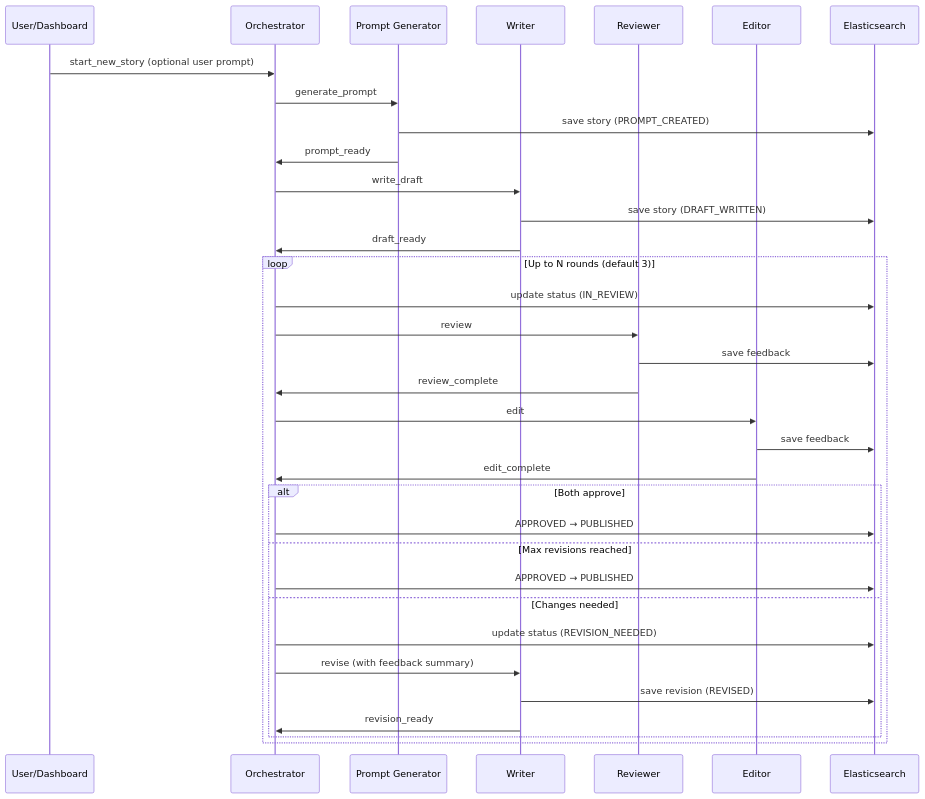
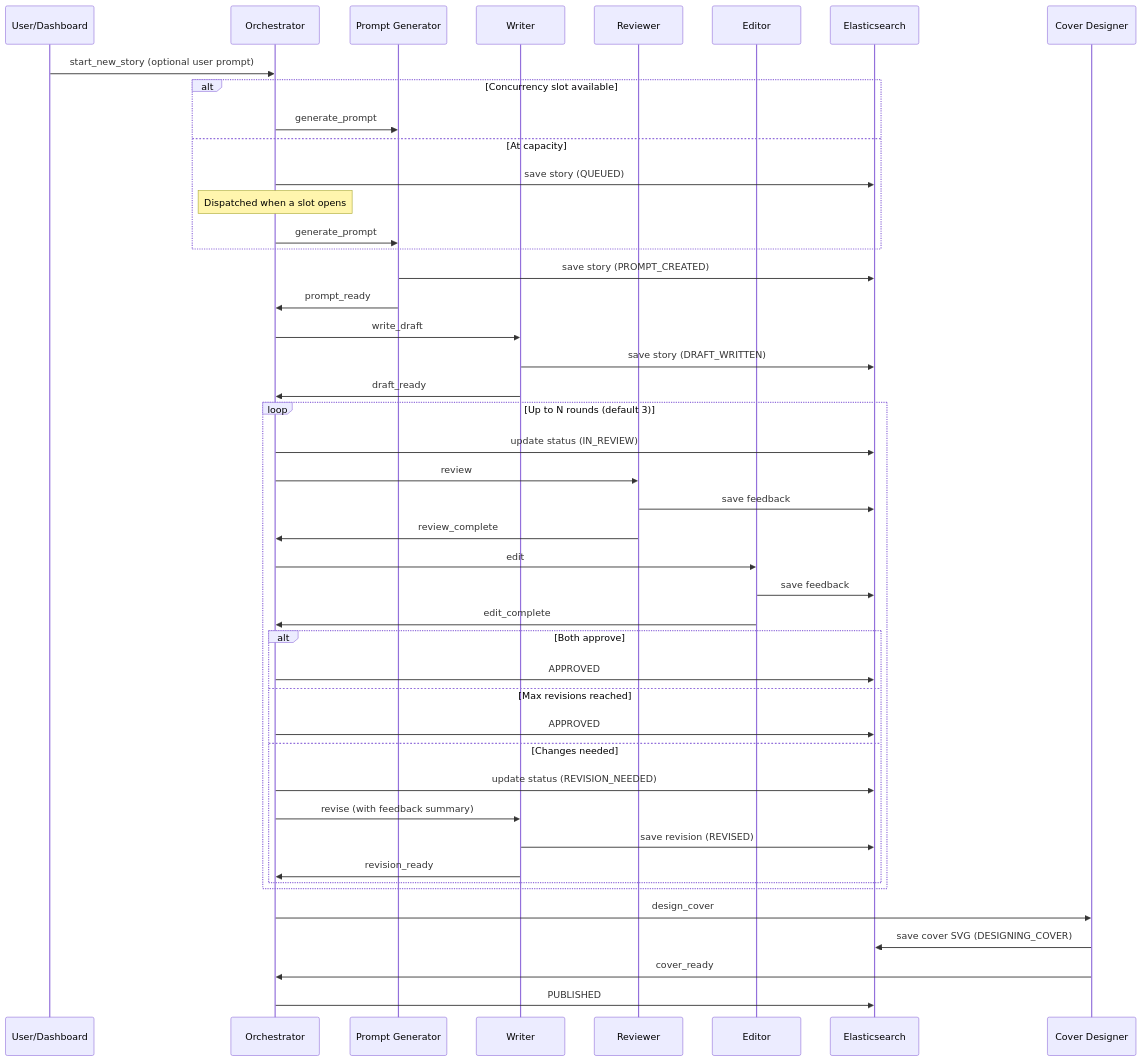
One commit to chrisfauerbach/multiagent changed the second of 3 diagrams in README.md. Above: the diagram before and after it, drawn with Mermaid. The commit also changed other lines of this file, not shown here.

First line of the commit message:
Update README with cover designer, concurrency gating, and PDF export docs

````diff
--- a/README.md
+++ b/README.md
@@ -54,41 +58,55 @@
 ```mermaid
 sequenceDiagram
     participant U as User/Dashboard
     participant O as Orchestrator
     participant PG as Prompt Generator
     participant W as Writer
     participant R as Reviewer
     participant E as Editor
     participant ES as Elasticsearch
 
     U->>O: start_new_story (optional user prompt)
-    O->>PG: generate_prompt
+
+    alt Concurrency slot available
+        O->>PG: generate_prompt
+    else At capacity
+        O->>ES: save story (QUEUED)
+        Note over O: Dispatched when a slot opens
+        O->>PG: generate_prompt
+    end
+
     PG->>ES: save story (PROMPT_CREATED)
     PG->>O: prompt_ready
 
     O->>W: write_draft
     W->>ES: save story (DRAFT_WRITTEN)
     W->>O: draft_ready
 
     loop Up to N rounds (default 3)
         O->>ES: update status (IN_REVIEW)
         O->>R: review
         R->>ES: save feedback
         R->>O: review_complete
 
         O->>E: edit
         E->>ES: save feedback
         E->>O: edit_complete
 
         alt Both approve
-            O->>ES: APPROVED → PUBLISHED
+            O->>ES: APPROVED
         else Max revisions reached
-            O->>ES: APPROVED → PUBLISHED
+            O->>ES: APPROVED
         else Changes needed
             O->>ES: update status (REVISION_NEEDED)
             O->>W: revise (with feedback summary)
             W->>ES: save revision (REVISED)
             W->>O: revision_ready
         end
     end
+
+    participant CD as Cover Designer
+    O->>CD: design_cover
+    CD->>ES: save cover SVG (DESIGNING_COVER)
+    CD->>O: cover_ready
+    O->>ES: PUBLISHED
 ```
````
